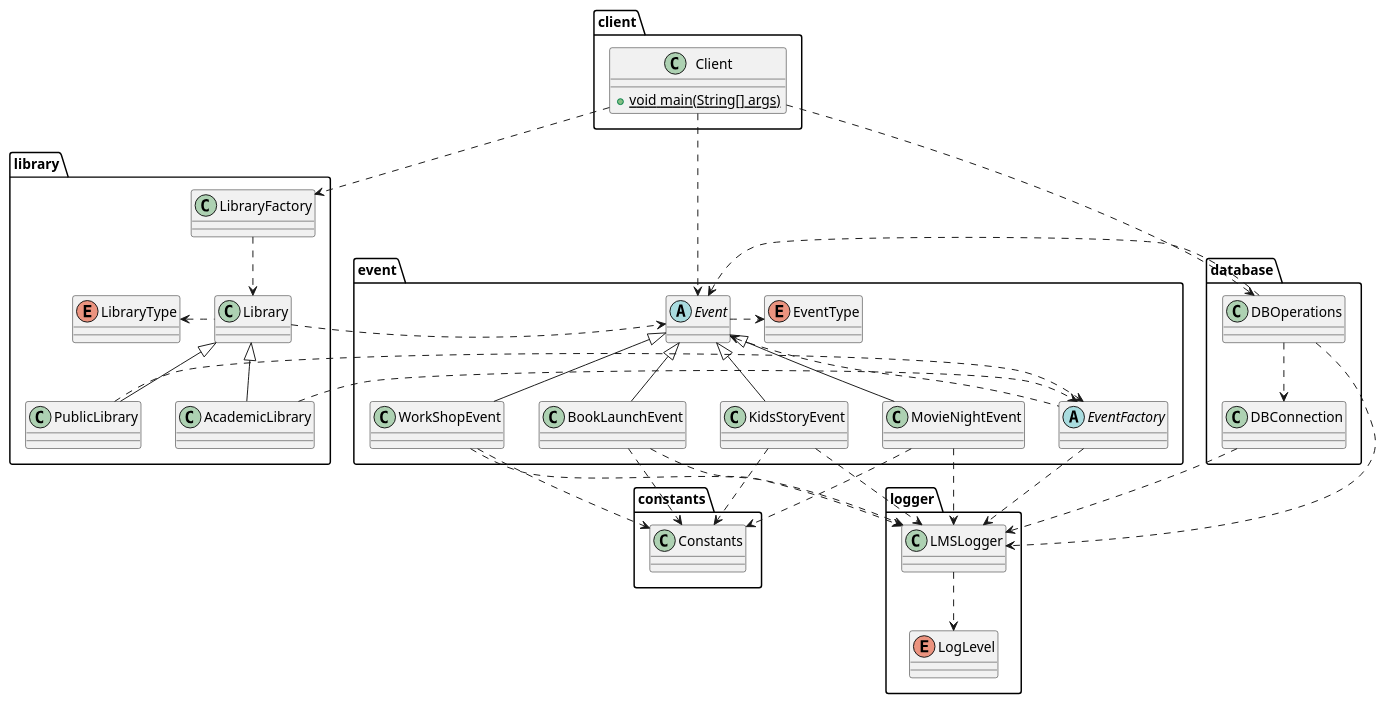
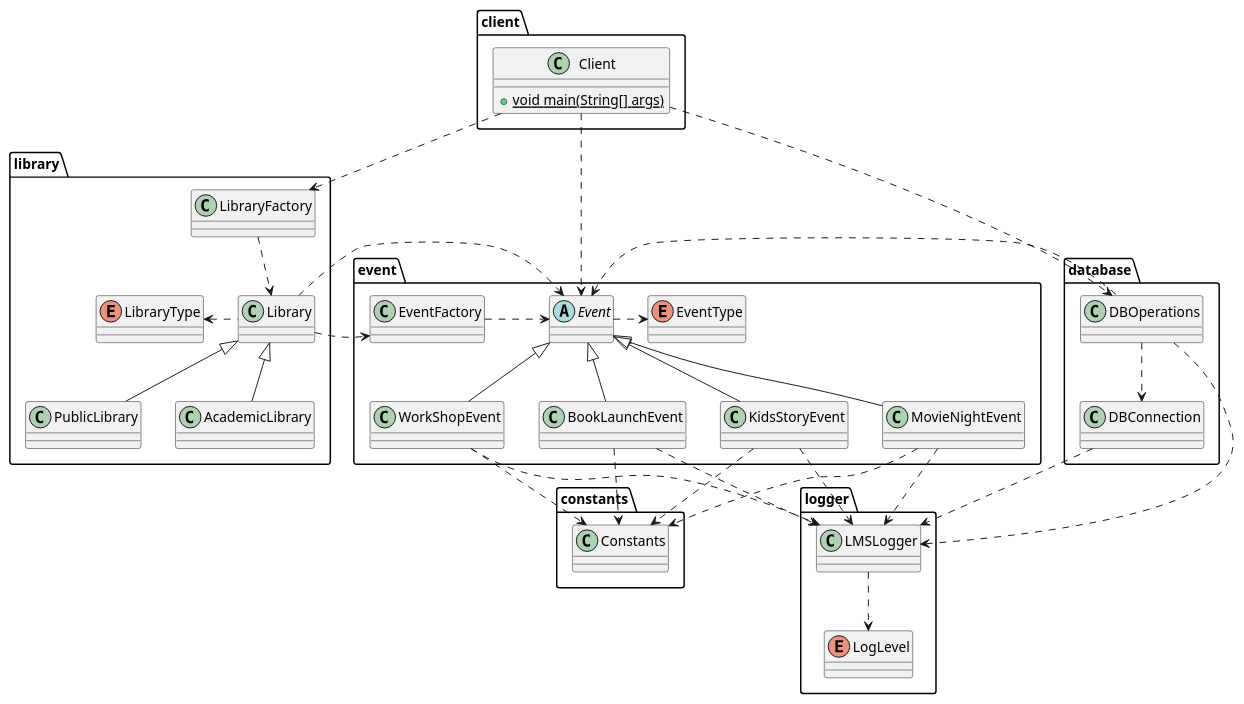
Before and after one commit to RyanRen2023/s3ooplabs: the diagram in Assignment2.puml, drawn with PlantUML. The commit also changed 1 other file, not shown here.

```diff
--- a/Assignment2.puml
+++ b/Assignment2.puml
@@ -1,73 +1,74 @@
 @startuml
 'package client
 class client.Client{
     + {static} void main(String[] args)
 }
 'package constants
 class constants.Constants
 'package database
 class database.DBConnection
 class database.DBOperations
 'package library
 class library.LibraryFactory
 class library.Library
 enum library.LibraryType
 class library.PublicLibrary
 class library.AcademicLibrary
 'package event
 abstract class event.Event
 enum event.EventType
 class event.WorkShopEvent
 class event.BookLaunchEvent
 class event.KidsStoryEvent
 class event.MovieNightEvent
-abstract class event.EventFactory
+class event.EventFactory
 
 
 
 'package logger
 class logger.LMSLogger
 enum logger.LogLevel
 
 LibraryFactory ..> Library
 Library <|-- PublicLibrary
 Library <|-- AcademicLibrary
 LibraryType <. Library
-PublicLibrary .> EventFactory
-AcademicLibrary .> EventFactory
+'PublicLibrary .> EventFactory
+'AcademicLibrary .> EventFactory
 
 
 Library .> Event 
+Library .> EventFactory
 
-Event <.. EventFactory
 Event .> EventType
+EventFactory .> Event
 Event <|-- WorkShopEvent
 Event <|-- BookLaunchEvent
 Event <|-- KidsStoryEvent
 Event <|-- MovieNightEvent
 
 BookLaunchEvent ..> Constants
 WorkShopEvent ..> Constants
 KidsStoryEvent ..> Constants
 MovieNightEvent ..> Constants
 
 DBOperations ..> DBConnection
 Event <. DBOperations
 
 LMSLogger ..> LogLevel
 
 Client ..> LibraryFactory
 Client ..> Event
 Client ..> DBOperations
 
 DBOperations ..> LMSLogger
 DBConnection ..> LMSLogger
 
 WorkShopEvent ..> LMSLogger
 BookLaunchEvent ..> LMSLogger
 KidsStoryEvent ..> LMSLogger
 MovieNightEvent ..> LMSLogger
-EventFactory ..> LMSLogger
+'EventFactory ..> LMSLogger
 
 
 @enduml
```
